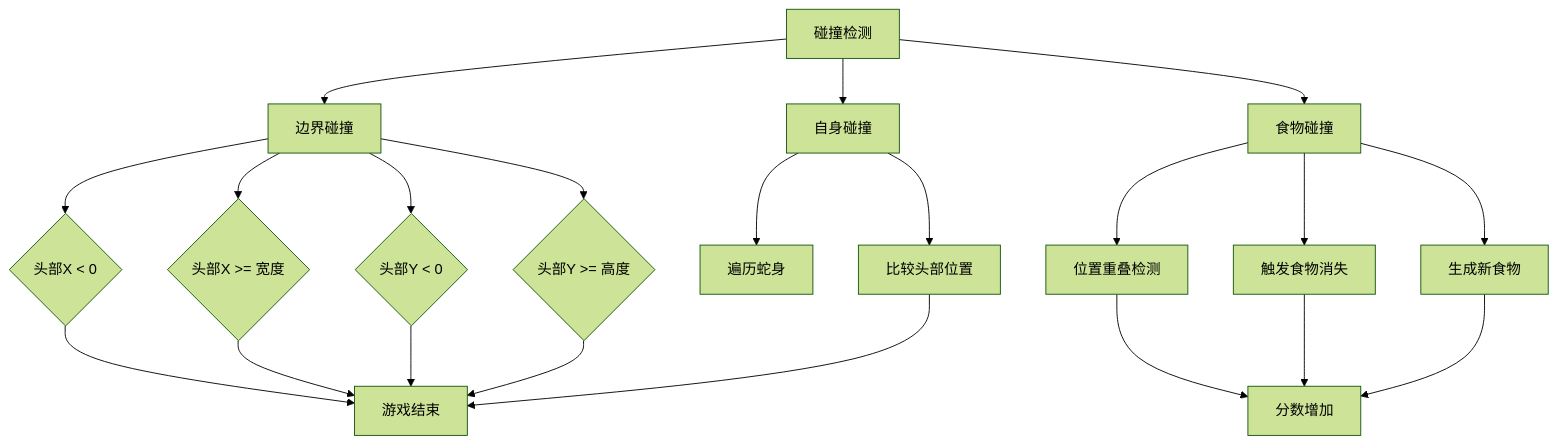
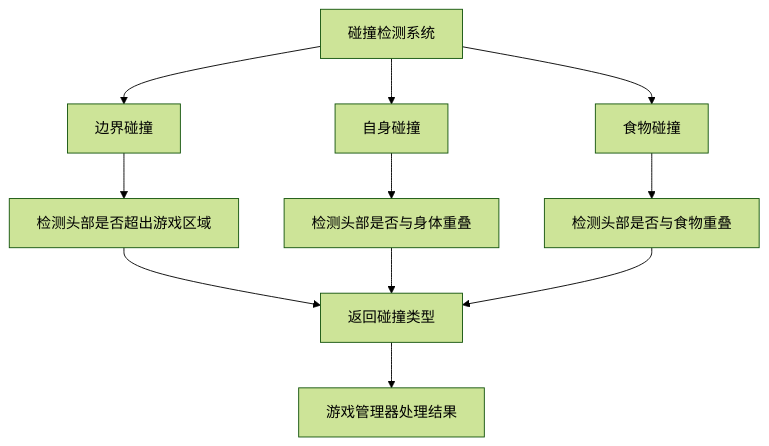
The sixth of 9 diagrams in 课时2-核心游戏逻辑实现/README.md (youjing-mz/snake), drawn with Mermaid (forest theme) before and after one commit. The commit also changed other lines of this file and 8 other files, not shown here.

````diff
--- a/课时2-核心游戏逻辑实现/README.md
+++ b/课时2-核心游戏逻辑实现/README.md
@@ -114,28 +136,16 @@
 ```mermaid
 graph TD
-    A[碰撞检测] --> B[边界碰撞]
+    A[碰撞检测系统] --> B[边界碰撞]
     A --> C[自身碰撞]
     A --> D[食物碰撞]
     
-    B --> B1{头部X < 0}
-    B --> B2{头部X >= 宽度}
-    B --> B3{头部Y < 0}
-    B --> B4{头部Y >= 高度}
+    B --> B1[检测头部是否超出游戏区域]
+    C --> C1[检测头部是否与身体重叠]
+    D --> D1[检测头部是否与食物重叠]
     
-    C --> C1[遍历蛇身]
-    C --> C2[比较头部位置]
+    B1 --> E[返回碰撞类型]
+    C1 --> E
+    D1 --> E
     
-    D --> D1[位置重叠检测]
-    D --> D2[触发食物消失]
-    D --> D3[生成新食物]
-    
-    B1 --> E[游戏结束]
-    B2 --> E
-    B3 --> E
-    B4 --> E
-    C2 --> E
-    
-    D1 --> F[分数增加]
-    D2 --> F
-    D3 --> F
+    E --> F[游戏管理器处理结果]
 ```
````
